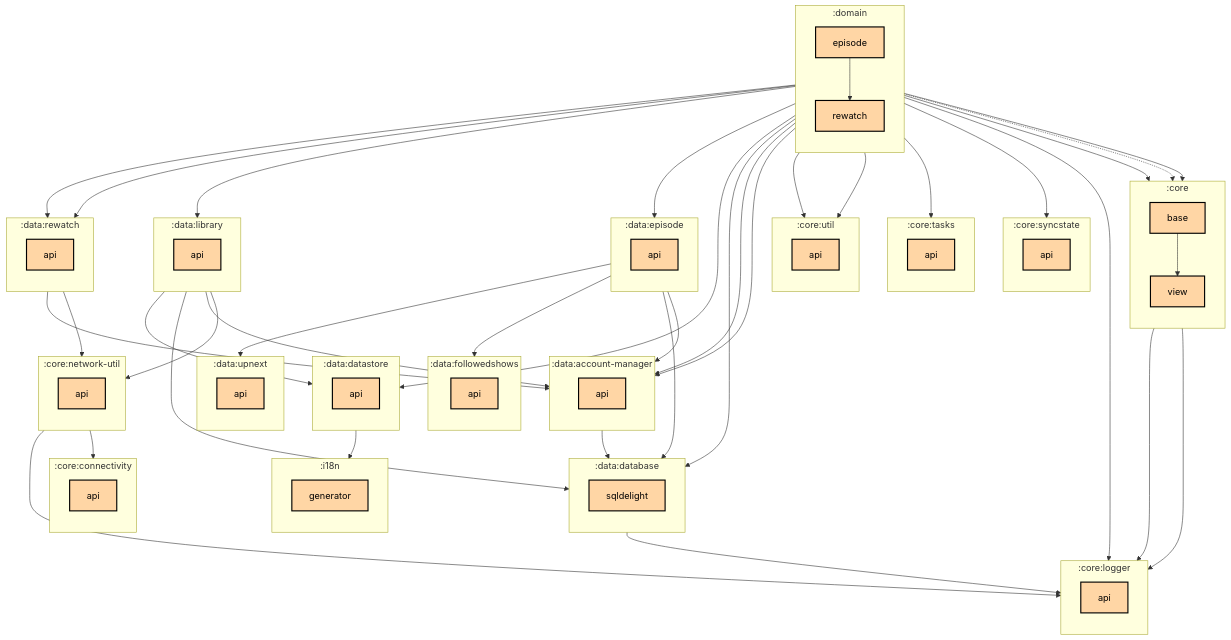
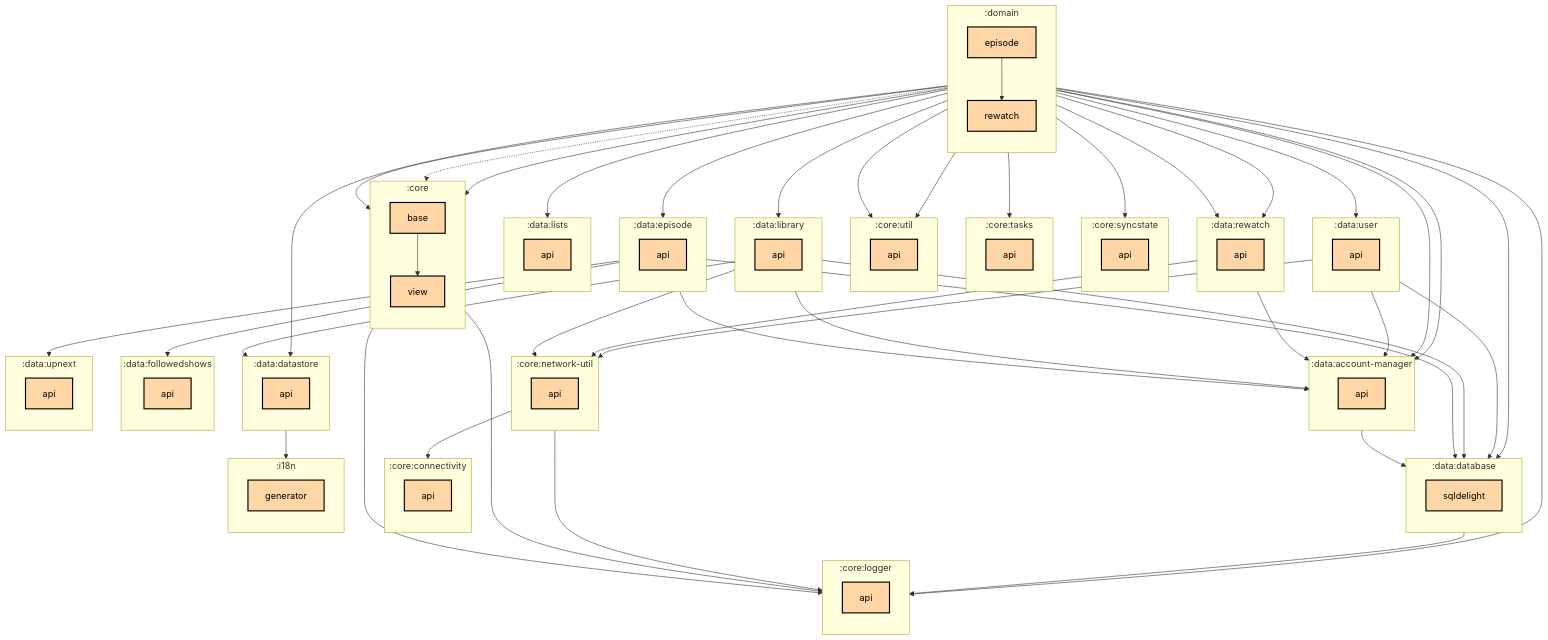
Before and after one commit to thomaskioko/tv-maniac: the first of 2 diagrams in domain/episode/README.md, drawn with Mermaid. The commit also changed 52 other files, not shown here.

```diff
--- a/domain/episode/README.md
+++ b/domain/episode/README.md
@@ -58,6 +58,10 @@
     direction TB
     :data:library:api[api]:::multiplatform
   end
+  subgraph :data:lists
+    direction TB
+    :data:lists:api[api]:::multiplatform
+  end
   subgraph :data:rewatch
     direction TB
     :data:rewatch:api[api]:::multiplatform
@@ -65,6 +69,10 @@
   subgraph :data:upnext
     direction TB
     :data:upnext:api[api]:::multiplatform
+  end
+  subgraph :data:user
+    direction TB
+    :data:user:api[api]:::multiplatform
   end
   subgraph :domain
     direction TB
@@ -94,6 +102,9 @@
   :data:library:api --> :data:datastore:api
   :data:rewatch:api --> :core:network-util:api
   :data:rewatch:api --> :data:account-manager:api
+  :data:user:api --> :core:network-util:api
+  :data:user:api --> :data:account-manager:api
+  :data:user:api --> :data:database:sqldelight
   :domain:episode --> :core:base
   :domain:episode --> :core:logger:api
   :domain:episode --> :core:syncstate:api
@@ -105,7 +116,9 @@
   :domain:episode --> :data:datastore:api
   :domain:episode --> :data:episode:api
   :domain:episode --> :data:library:api
+  :domain:episode --> :data:lists:api
   :domain:episode --> :data:rewatch:api
+  :domain:episode --> :data:user:api
   :domain:episode --> :domain:rewatch
   :domain:rewatch --> :core:base
   :domain:rewatch --> :core:util:api
```
